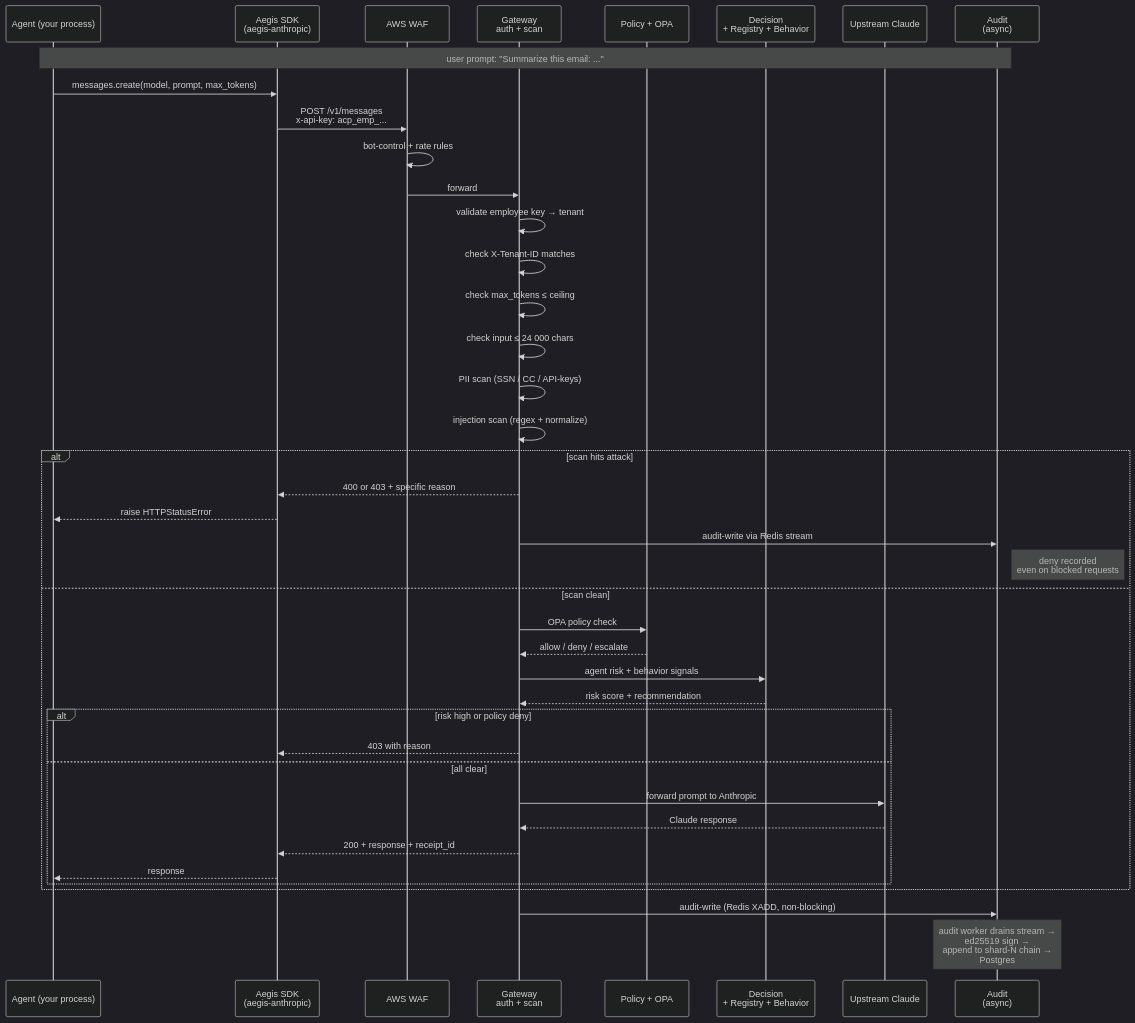
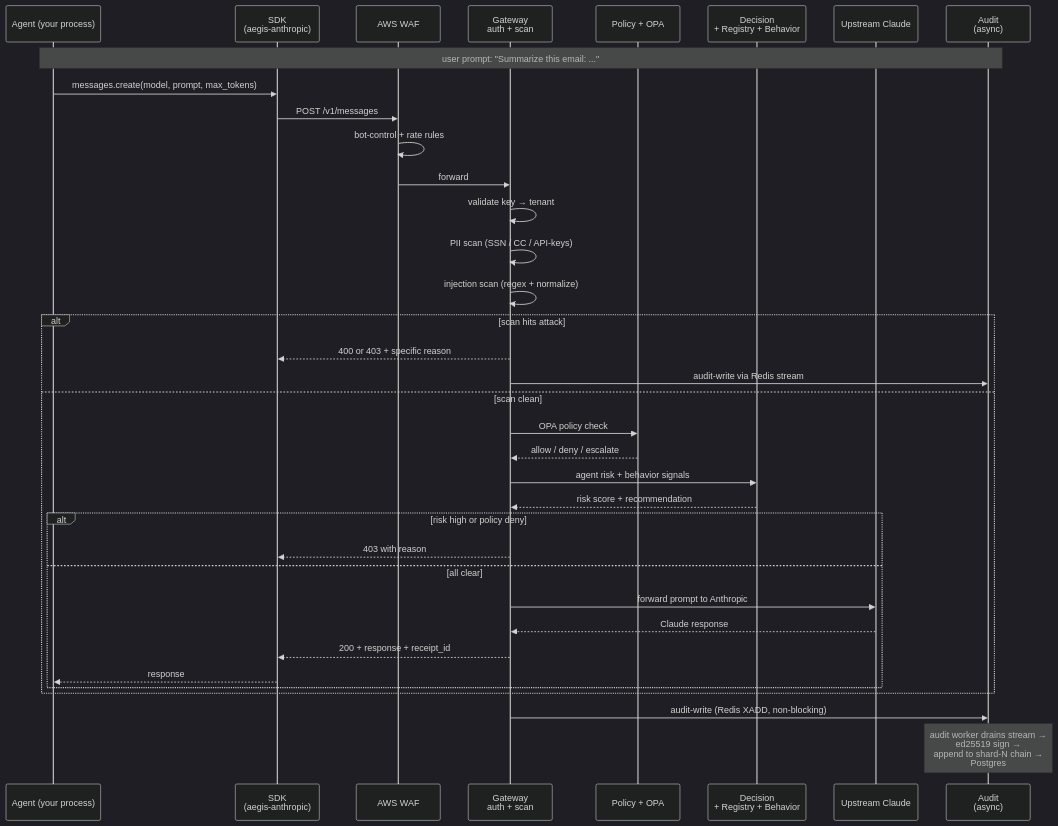
Before and after one commit to Abhi-mishra998/aegis: the third of 3 diagrams in README.md, drawn with Mermaid (dark theme). The commit also changed other lines of this file and 45 other files, not shown here.

````diff
--- a/README.md
+++ b/README.md
@@ -204,47 +222,42 @@
 ```mermaid
 sequenceDiagram
     participant A as Agent (your process)
-    participant SDK as Aegis SDK<br/>(aegis-anthropic)
+    participant SDK as SDK<br/>(aegis-anthropic)
     participant WAF as AWS WAF
     participant G as Gateway<br/>auth + scan
     participant P as Policy + OPA
     participant D as Decision<br/>+ Registry + Behavior
     participant U as Upstream Claude
     participant AU as Audit<br/>(async)
 
     Note over A,AU: user prompt: "Summarize this email: ..."
 
     A->>SDK: messages.create(model, prompt, max_tokens)
-    SDK->>WAF: POST /v1/messages<br/>x-api-key: acp_emp_...
+    SDK->>WAF: POST /v1/messages
     WAF->>WAF: bot-control + rate rules
     WAF->>G: forward
-    G->>G: validate employee key → tenant
-    G->>G: check X-Tenant-ID matches
-    G->>G: check max_tokens ≤ ceiling
-    G->>G: check input ≤ 24 000 chars
+    G->>G: validate key → tenant
     G->>G: PII scan (SSN / CC / API-keys)
     G->>G: injection scan (regex + normalize)
 
     alt scan hits attack
         G-->>SDK: 400 or 403 + specific reason
-        SDK-->>A: raise HTTPStatusError
         G->>AU: audit-write via Redis stream
-        Note right of AU: deny recorded<br/>even on blocked requests
     else scan clean
         G->>P: OPA policy check
         P-->>G: allow / deny / escalate
         G->>D: agent risk + behavior signals
         D-->>G: risk score + recommendation
         alt risk high or policy deny
             G-->>SDK: 403 with reason
         else all clear
             G->>U: forward prompt to Anthropic
             U-->>G: Claude response
             G-->>SDK: 200 + response + receipt_id
             SDK-->>A: response
         end
     end
 
     G->>AU: audit-write (Redis XADD, non-blocking)
     Note over AU: audit worker drains stream →<br/>ed25519 sign →<br/>append to shard-N chain →<br/>Postgres
 ```
````
